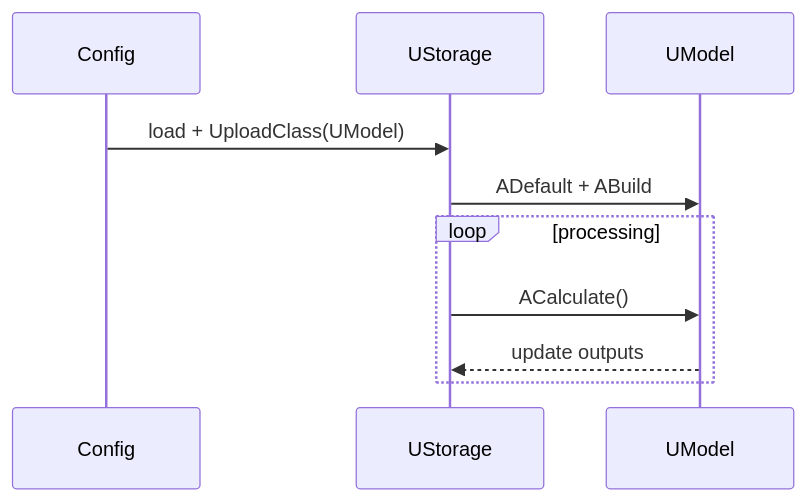
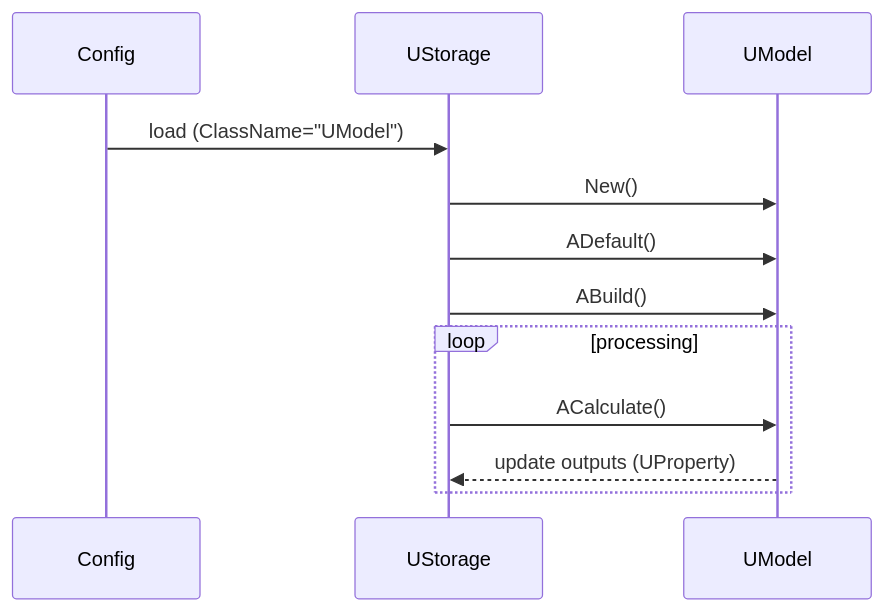
The second of 5 diagrams in Docs/Components/UModel.md (aicommunity/Rdk-BasicLib), drawn with Mermaid before and after one commit. The commit also changed other lines of this file and 14 other files, not shown here.

````diff
--- a/Docs/Components/UModel.md
+++ b/Docs/Components/UModel.md
@@ -51,12 +40,16 @@
 ```mermaid
 sequenceDiagram
     participant Cfg as Config
     participant S as UStorage
     participant M as UModel
-    Cfg->>S: load + UploadClass(UModel)
-    S->>M: ADefault + ABuild
+
+    Cfg->>S: load (ClassName="UModel")
+    S->>M: New()
+    S->>M: ADefault()
+    S->>M: ABuild()
+
     loop processing
         S->>M: ACalculate()
-        M-->>S: update outputs
+        M-->>S: update outputs (UProperty)
     end
 ```
````
